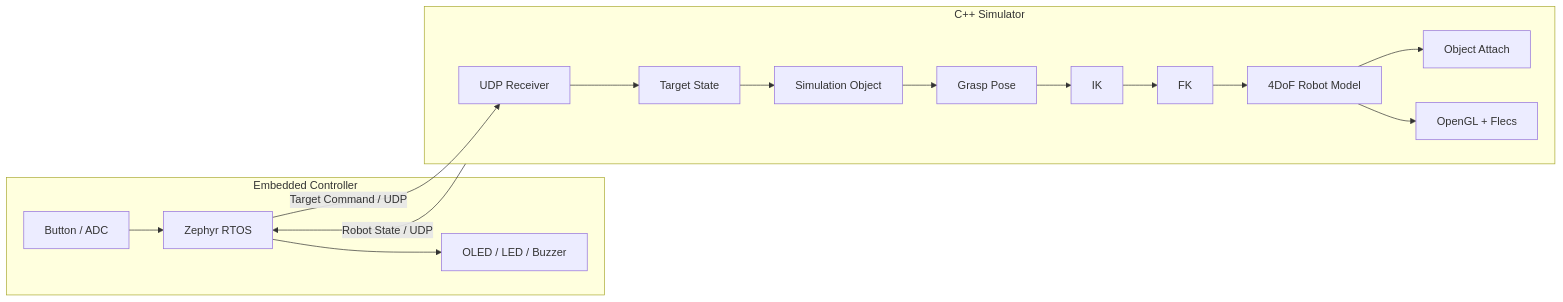
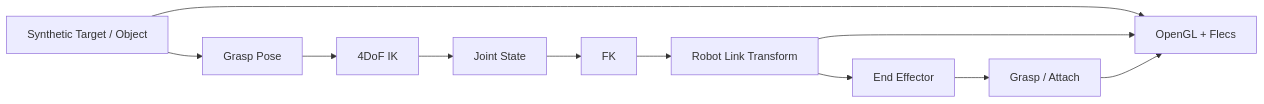
One commit to cgantro/GraspLink changed the diagram in docs/ARCHITECTURE.md. Above: the diagram before and after it, drawn with Mermaid. The commit also changed other lines of this file and 37 other files, not shown here.

Commit message:
refactor: make GraspLink simulation-only

````diff
--- a/docs/ARCHITECTURE.md
+++ b/docs/ARCHITECTURE.md
@@ -13,27 +13,17 @@
 ```mermaid
 flowchart LR
-    subgraph E[Embedded Controller]
-        B[Button / ADC]
-        Z[Zephyr RTOS]
-        O[OLED / LED / Buzzer]
-        B --> Z
-        Z --> O
-    end
+    T[Synthetic Target / Object]
+    G[Grasp Pose]
+    IK[4DoF IK]
+    J[Joint State]
+    FK[FK]
+    R[Robot Link Transform]
+    EE[End Effector]
+    A[Grasp / Attach]
+    V[OpenGL + Flecs]
 
-    subgraph S[C++ Simulator]
-        R[UDP Receiver]
-        T[Target State]
-        OBJ[Simulation Object]
-        G[Grasp Pose]
-        IK[IK]
-        FK[FK]
-        ROBOT[4DoF Robot Model]
-        A[Object Attach]
-        V[OpenGL + Flecs]
-        R --> T --> OBJ --> G --> IK --> FK --> ROBOT --> V
-        ROBOT --> A
-    end
-
-    Z -- Target Command / UDP --> R
-    S -- Robot State / UDP --> Z
+    T --> G --> IK --> J --> FK --> R --> EE --> A
+    T --> V
+    R --> V
+    A --> V
 ```
````
